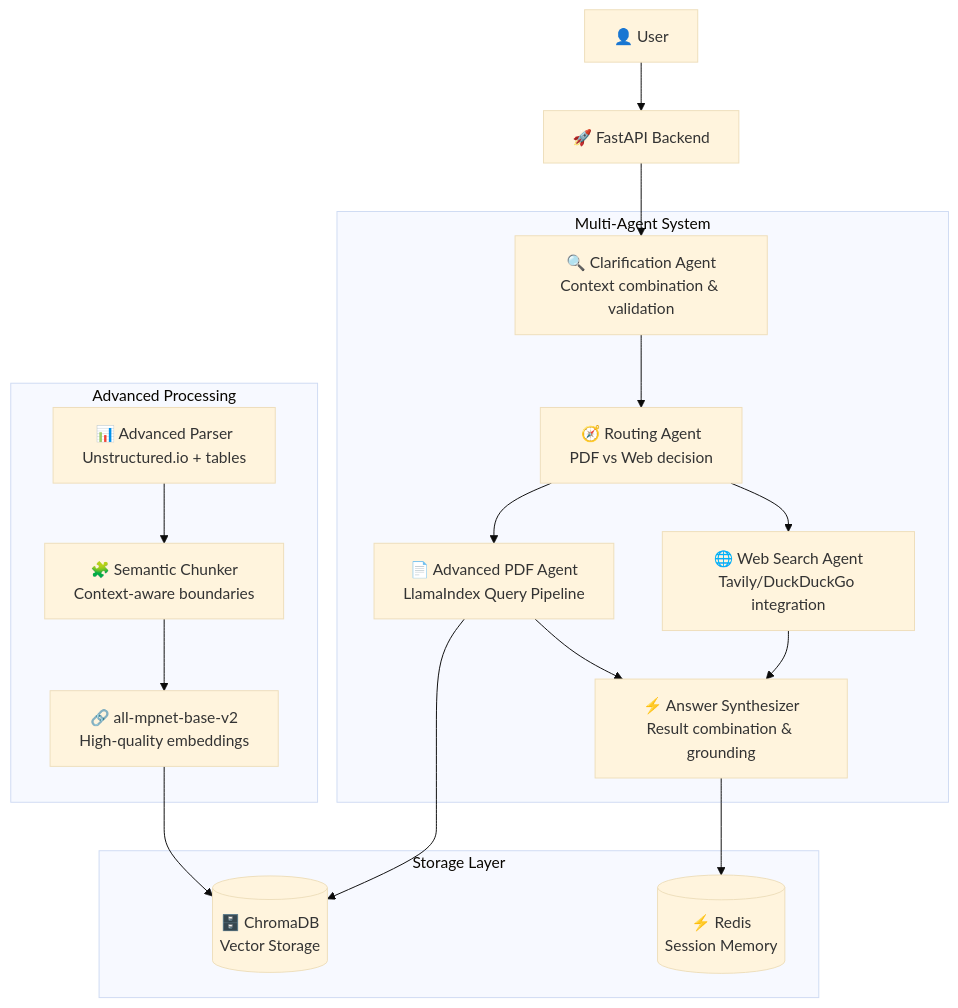
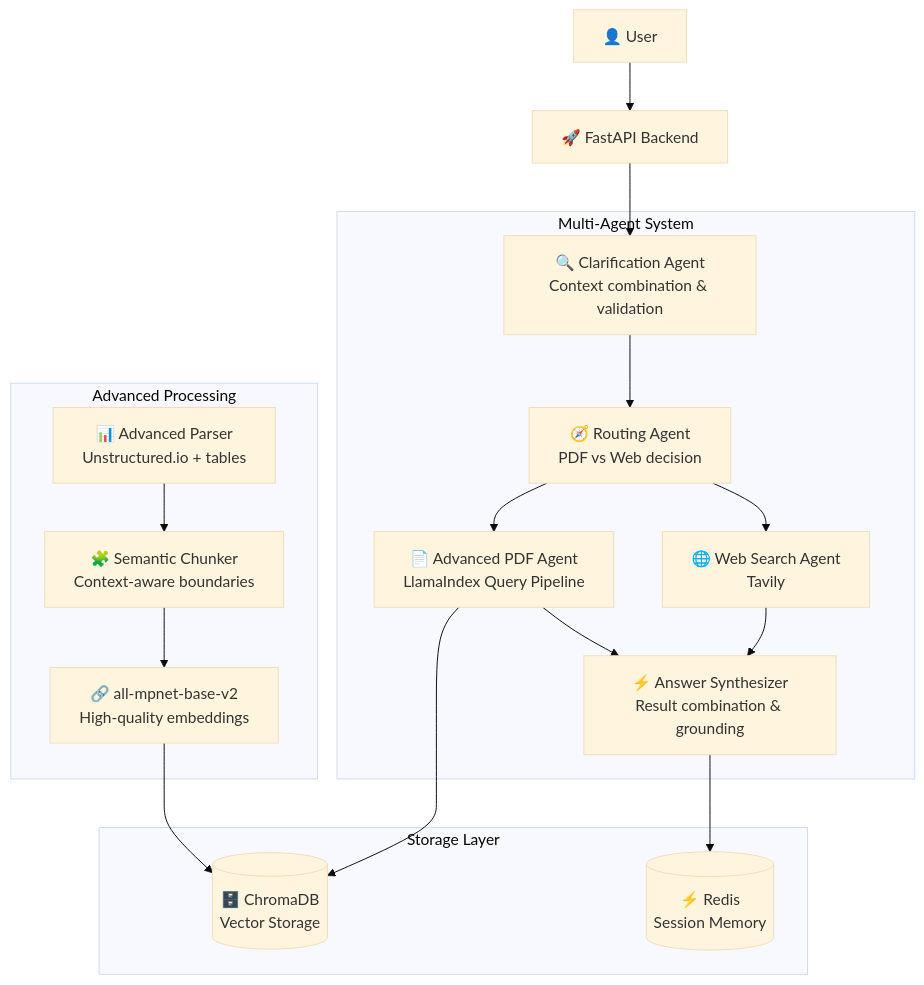
The diagram in README.md (j611062000/rag), drawn with Mermaid (base theme) before and after one commit. The commit also changed other lines of this file, not shown here.

````diff
--- a/README.md
+++ b/README.md
@@ -13,37 +13,37 @@
 ```mermaid
 graph TB
     User[👤 User] --> API[🚀 FastAPI Backend]
 
     subgraph "Multi-Agent System"
         Clarifier[🔍 Clarification Agent<br/>Context combination & validation]
         Router[🧭 Routing Agent<br/>PDF vs Web decision]
         PDFAgent[📄 Advanced PDF Agent<br/>LlamaIndex Query Pipeline]
-        WebAgent[🌐 Web Search Agent<br/>Tavily/DuckDuckGo integration]
+        WebAgent[🌐 Web Search Agent<br/>Tavily]
         Synthesizer[⚡ Answer Synthesizer<br/>Result combination & grounding]
     end
 
     subgraph "Advanced Processing"
         Parser[📊 Advanced Parser<br/>Unstructured.io + tables]
         Chunker[🧩 Semantic Chunker<br/>Context-aware boundaries]
         Embeddings[🔗 all-mpnet-base-v2<br/>High-quality embeddings]
     end
 
     subgraph "Storage Layer"
         ChromaDB[(🗄️ ChromaDB<br/>Vector Storage)]
         Redis[(⚡ Redis<br/>Session Memory)]
     end
 
     API --> Clarifier
     Clarifier --> Router
     Router --> PDFAgent
     Router --> WebAgent
     PDFAgent --> Synthesizer
     WebAgent --> Synthesizer
 
     Parser --> Chunker
     Chunker --> Embeddings
     Embeddings --> ChromaDB
 
     PDFAgent --> ChromaDB
     Synthesizer --> Redis
 ```
````
